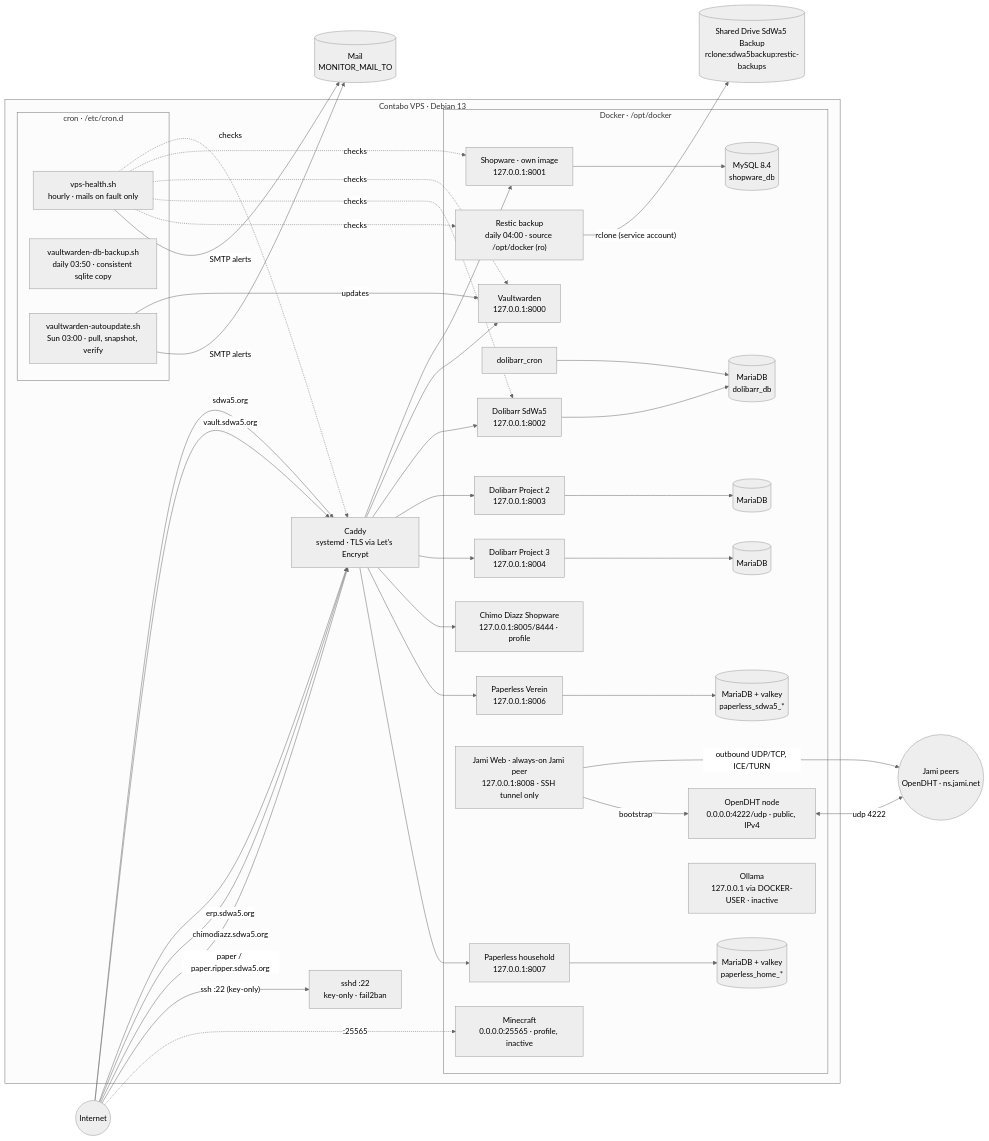
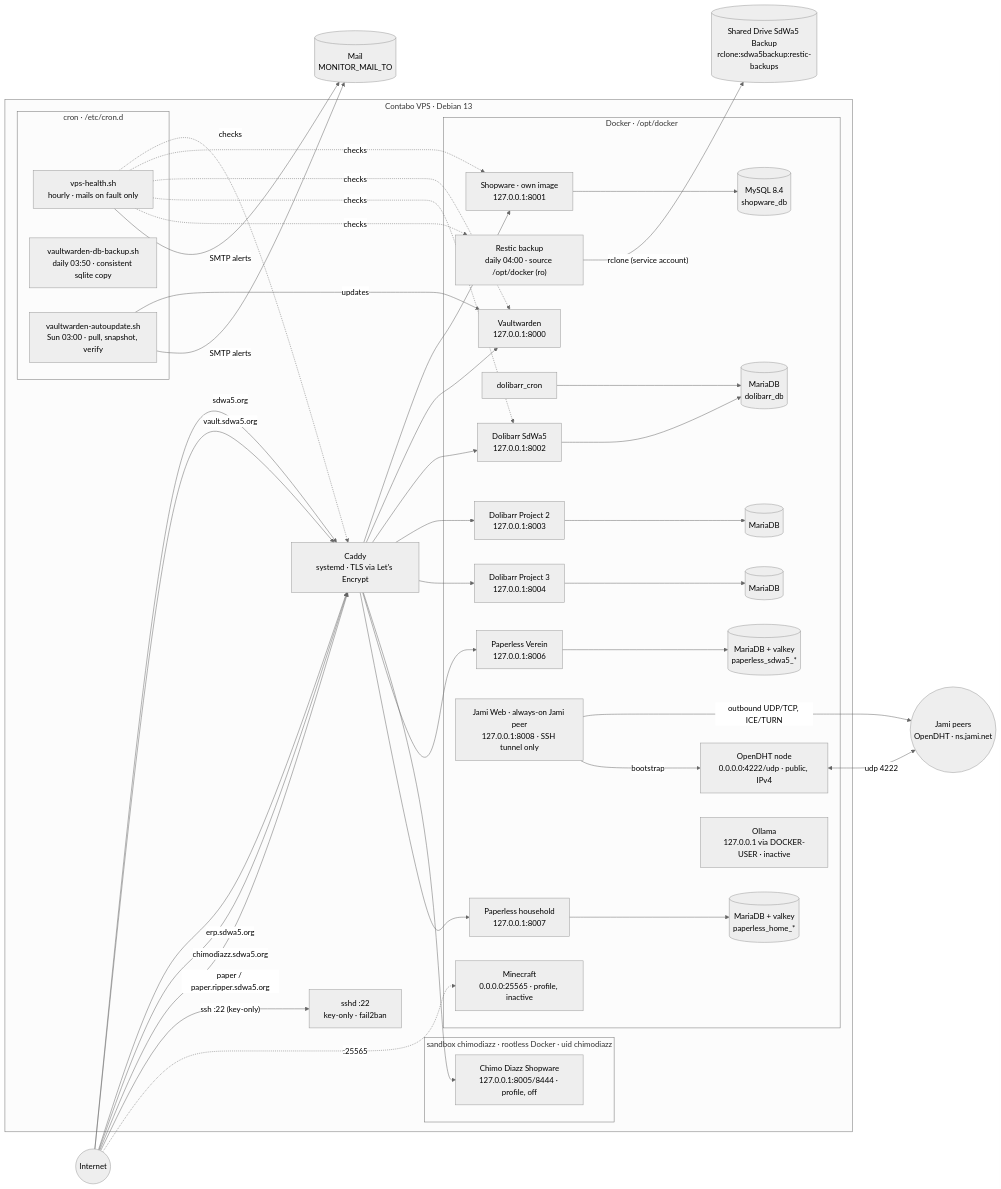
The diagram in docs/infrastructure.md (SdWa5/vps), drawn with Mermaid (neutral theme) before and after one commit. The commit also changed other lines of this file and 32 other files, not shown here.

````diff
--- a/docs/infrastructure.md
+++ b/docs/infrastructure.md
@@ -7,67 +7,70 @@
 ```mermaid
 flowchart LR
     U((Internet))
 
     subgraph vps ["Contabo VPS · Debian 13"]
         C["Caddy<br/>systemd · TLS via Let's Encrypt"]
 
         subgraph docker ["Docker · /opt/docker"]
             SW["Shopware · own image<br/>127.0.0.1:8001"]
             SWDB[("MySQL 8.4<br/>shopware_db")]
             VW["Vaultwarden<br/>127.0.0.1:8000"]
             DL["Dolibarr SdWa5<br/>127.0.0.1:8002"]
             DLC["dolibarr_cron"]
             DLDB[("MariaDB<br/>dolibarr_db")]
             P2["Dolibarr Project 2<br/>127.0.0.1:8003"]
             P2DB[("MariaDB")]
             P3["Dolibarr Project 3<br/>127.0.0.1:8004"]
-            CDW["Chimo Diazz Shopware<br/>127.0.0.1:8005/8444 · profile"]
             P3DB[("MariaDB")]
             PL["Paperless Verein<br/>127.0.0.1:8006"]
             PLDB[("MariaDB + valkey<br/>paperless_sdwa5_*")]
             PH["Paperless household<br/>127.0.0.1:8007"]
             PHDB[("MariaDB + valkey<br/>paperless_home_*")]
             JW["Jami Web · always-on Jami peer<br/>127.0.0.1:8008 · SSH tunnel only"]
             DN["OpenDHT node<br/>0.0.0.0:4222/udp · public, IPv4"]
             OL["Ollama<br/>127.0.0.1 via DOCKER-USER · inactive"]
             MC["Minecraft<br/>0.0.0.0:25565 · profile, inactive"]
             RS["Restic backup<br/>daily 04:00 · source /opt/docker (ro)"]
+        end
+
+        subgraph sandbox ["sandbox chimodiazz · rootless Docker · uid chimodiazz"]
+            CDW["Chimo Diazz Shopware<br/>127.0.0.1:8005/8444 · profile, off"]
         end
 
         subgraph cron ["cron · /etc/cron.d"]
             HC["vps-health.sh<br/>hourly · mails on fault only"]
             DB["vaultwarden-db-backup.sh<br/>daily 03:50 · consistent sqlite copy"]
             AU["vaultwarden-autoupdate.sh<br/>Sun 03:00 · pull, snapshot, verify"]
         end
 
         SSHD["sshd :22<br/>key-only · fail2ban"]
     end
 
     DHT(("Jami peers<br/>OpenDHT · ns.jami.net"))
     GD[("Shared Drive SdWa5 Backup<br/>rclone:sdwa5backup:restic-backups")]
     U -- " sdwa5.org " --> C
     U -- " vault.sdwa5.org " --> C
     U -- " erp.sdwa5.org " --> C
     U -- " chimodiazz.sdwa5.org " --> C
     U -- " paper / paper.ripper.sdwa5.org " --> C
     U -- " ssh :22 (key-only) " --> SSHD
     U -. " :25565 " .-> MC
     C --> SW & VW & DL
     C --> P2 & P3
     C --> CDW
     C --> PL & PH
     SW --> SWDB
     PL --> PLDB
     PH --> PHDB
     DL --> DLDB
     DLC --> DLDB
     P2 --> P2DB
     P3 --> P3DB
     RS -- " rclone (service account) " --> GD
     JW -- " outbound UDP/TCP, ICE/TURN " --> DHT
     JW -- " bootstrap " --> DN
     DN <-- " udp 4222 " --> DHT
     HC -. " checks " .-> C & SW & VW & DL & RS
     AU -- " updates " --> VW
     HC & AU -- " SMTP alerts " --> MB[("Mail<br/>MONITOR_MAIL_TO")]
 ```
````
